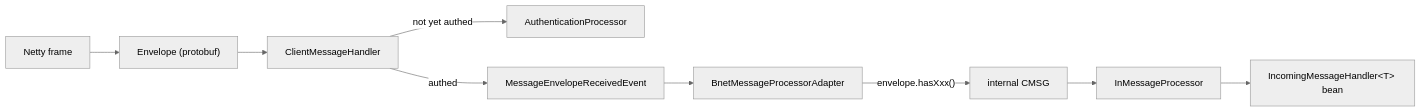
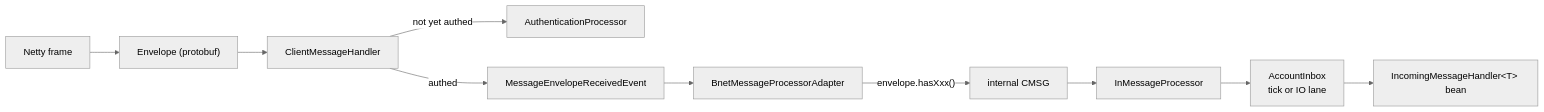
One commit to tfelix/bestia-docs changed the diagram in content/docs/server/networking.md. Above: the diagram before and after it, drawn with Mermaid (neutral theme). The commit also changed other lines of this file and 2 other files, not shown here.

First line of the commit message:
docs(server): add "Threads and the Tick" with the message flow diagrams (P1)

````diff
--- a/content/docs/server/networking.md
+++ b/content/docs/server/networking.md
@@ -142,11 +142,12 @@
 ```mermaid
 graph LR
   A[Netty frame] --> B["Envelope (protobuf)"]
   B --> C[ClientMessageHandler]
   C -->|not yet authed| D[AuthenticationProcessor]
   C -->|authed| E[MessageEnvelopeReceivedEvent]
   E --> F[BnetMessageProcessorAdapter]
   F -->|"envelope.hasXxx()"| G["internal CMSG"]
   G --> H[InMessageProcessor]
-  H --> I["IncomingMessageHandler&lt;T&gt; bean"]
+  H --> J["AccountInbox<br/>tick or IO lane"]
+  J --> I["IncomingMessageHandler&lt;T&gt; bean"]
 ```
````
